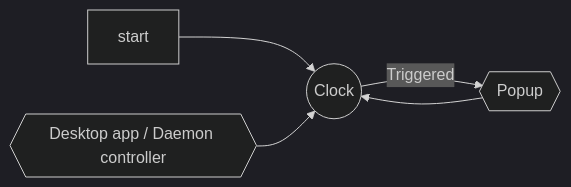
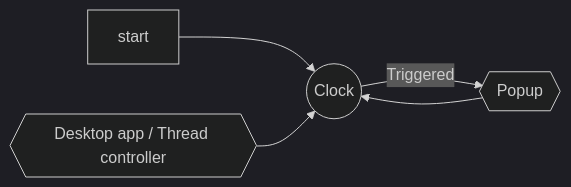
The second of 3 diagrams in docs/design.md (24adamcho/sudden-flash-card-event), drawn with Mermaid (dark theme) before and after one commit. The commit also changed other lines of this file and 4 other files, not shown here.

````diff
--- a/docs/design.md
+++ b/docs/design.md
@@ -29,12 +29,12 @@
 ```mermaid
 flowchart LR
     clock((Clock))
     popup{{Popup}}
-    desktop{{Desktop app / Daemon controller}}
+    desktop{{Desktop app / Thread controller}}
 
     start --> clock
     clock --> |Triggered| popup
     popup --> clock
 
     desktop --> clock
 ```
````
